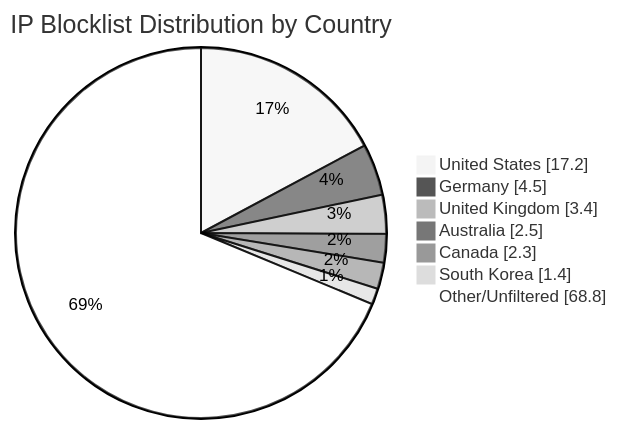
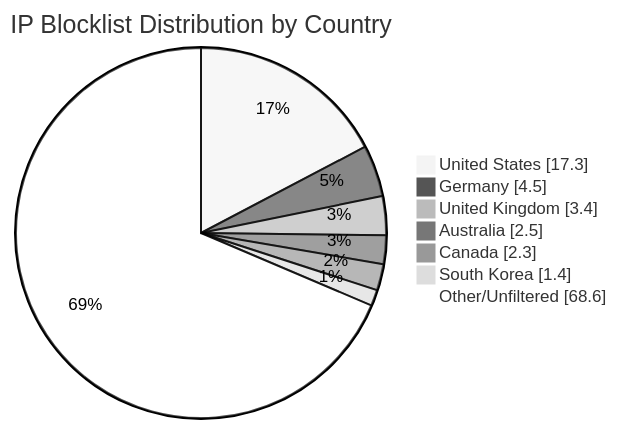
Before and after one commit to MarcusHoltz/ipblocklist-geofiltered-aggregator: the diagram in README.md, drawn with Mermaid (neutral theme). The commit also changed other lines of this file and 9 other files, not shown here.

````diff
--- a/README.md
+++ b/README.md
@@ -34,10 +34,10 @@
 ```mermaid
 pie showData title IP Blocklist Distribution by Country
-"United States" : 17.2
+"United States" : 17.3
 "Germany" : 4.5
 "United Kingdom" : 3.4
 "Australia" : 2.5
 "Canada" : 2.3
 "South Korea" : 1.4
-"Other/Unfiltered" : 68.8
+"Other/Unfiltered" : 68.6
 ```
````
